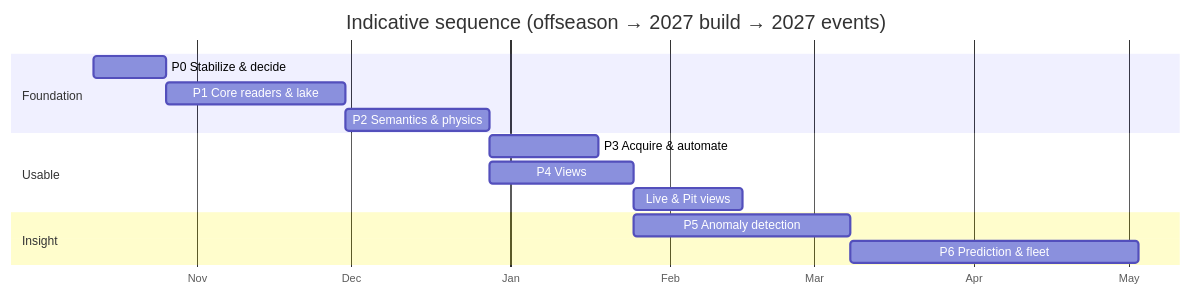
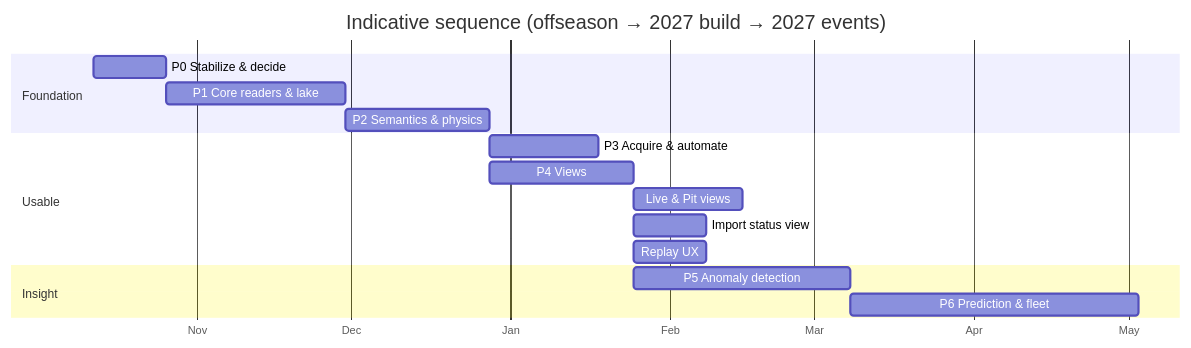
The second of 3 diagrams in docs/rewrite/06-roadmap.md (IgniteRobotics/flashpoint), drawn with Mermaid before and after one commit. The commit also changed other lines of this file, not shown here.

First line of the commit message:
docs(roadmap): add Import status view and Replay UX follow-ups

````diff
--- a/docs/rewrite/06-roadmap.md
+++ b/docs/rewrite/06-roadmap.md
@@ -20,17 +23,19 @@
 ```mermaid
 gantt
     title Indicative sequence (offseason → 2027 build → 2027 events)
     dateFormat YYYY-MM-DD
     axisFormat %b
     section Foundation
     P0 Stabilize & decide         :p0, 2026-10-12, 2w
     P1 Core readers & lake        :p1, after p0, 5w
     P2 Semantics & physics        :p2, after p1, 4w
     section Usable
     P3 Acquire & automate         :p3, after p2, 3w
     P4 Views                      :p4, after p2, 4w
     Live & Pit views              :p4b, after p4, 3w
+    Import status view            :p4c, after p4, 2w
+    Replay UX                     :p4d, after p4, 2w
     section Insight
     P5 Anomaly detection          :p5, after p4, 6w
     P6 Prediction & fleet         :p6, after p5, 8w
 ```
````
